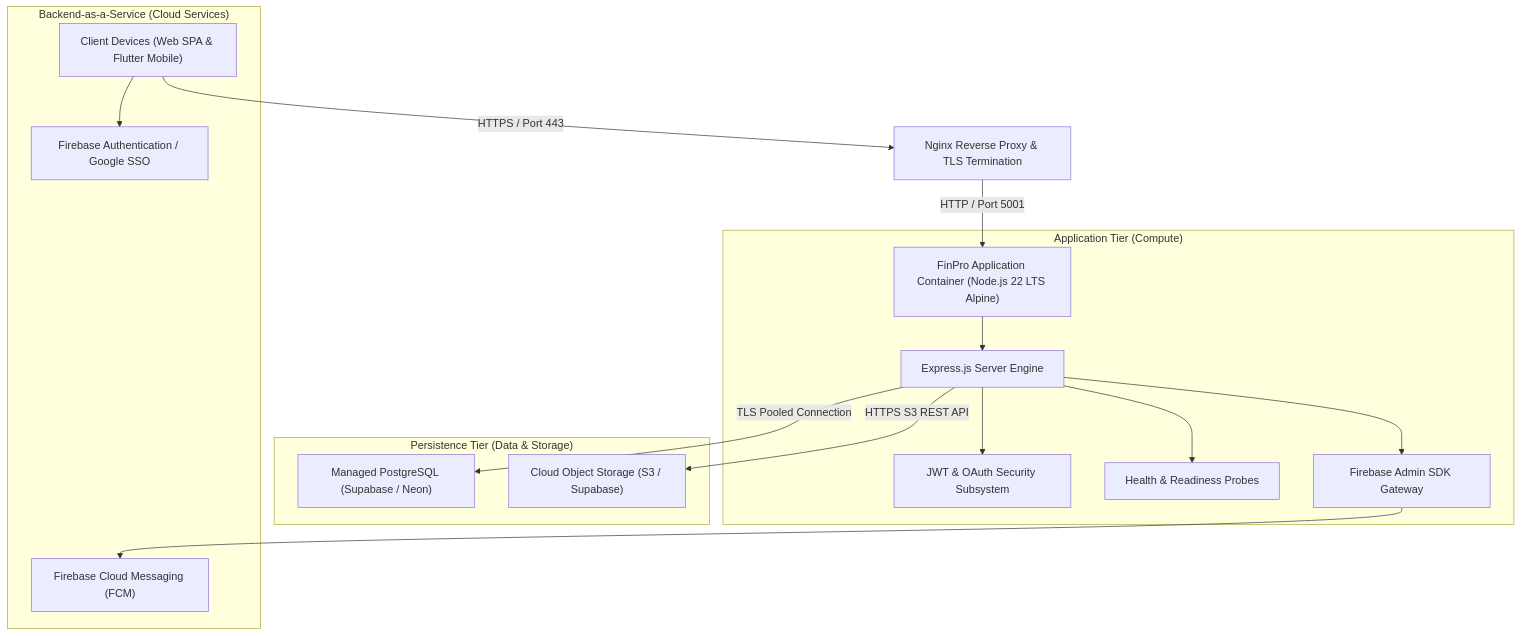
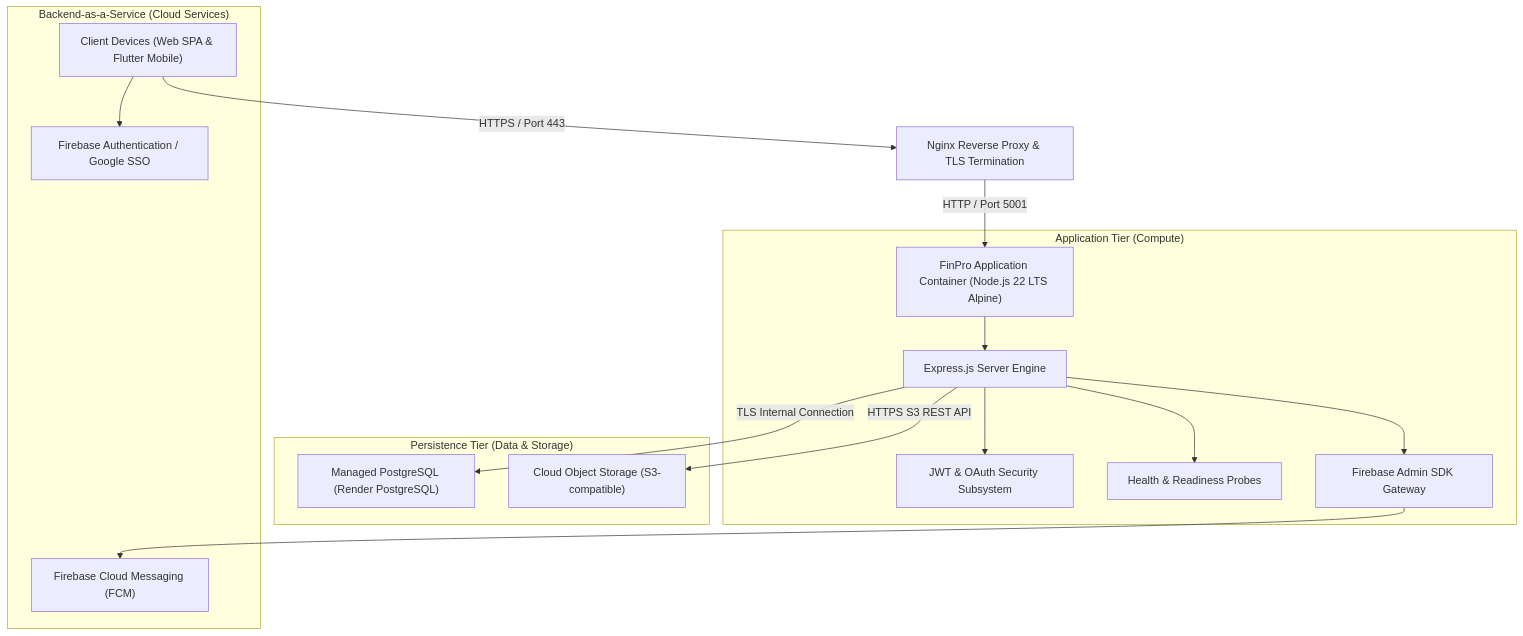
One commit to tani1290/Finance_assistant changed the diagram in docs/CLOUD_COMPUTING.md. Above: the diagram before and after it, drawn with Mermaid. The commit also changed other lines of this file and 14 other files, not shown here.

````diff
--- a/docs/CLOUD_COMPUTING.md
+++ b/docs/CLOUD_COMPUTING.md
@@ -12,22 +12,22 @@
 ```mermaid
 graph TD
     Client["Client Devices (Web SPA & Flutter Mobile)"] -->|HTTPS / Port 443| Nginx["Nginx Reverse Proxy & TLS Termination"]
     Nginx -->|HTTP / Port 5001| Docker["FinPro Application Container (Node.js 22 LTS Alpine)"]
     
     subgraph ComputeTier ["Application Tier (Compute)"]
         Docker --> Express["Express.js Server Engine"]
         Express --> Auth["JWT & OAuth Security Subsystem"]
         Express --> Telemetry["Health & Readiness Probes"]
         Express --> FCM["Firebase Admin SDK Gateway"]
     end
     
     subgraph PersistenceTier ["Persistence Tier (Data & Storage)"]
-        Express -->|TLS Pooled Connection| ManagedDB["Managed PostgreSQL (Supabase / Neon)"]
-        Express -->|HTTPS S3 REST API| ObjectStore["Cloud Object Storage (S3 / Supabase)"]
+        Express -->|TLS Internal Connection| ManagedDB["Managed PostgreSQL (Render PostgreSQL)"]
+        Express -->|HTTPS S3 REST API| ObjectStore["Cloud Object Storage (S3-compatible)"]
     end
 
     subgraph BaaSTier ["Backend-as-a-Service (Cloud Services)"]
         FCM --> FirebaseFCM["Firebase Cloud Messaging (FCM)"]
         Client --> FirebaseAuth["Firebase Authentication / Google SSO"]
     end
 ```
````
